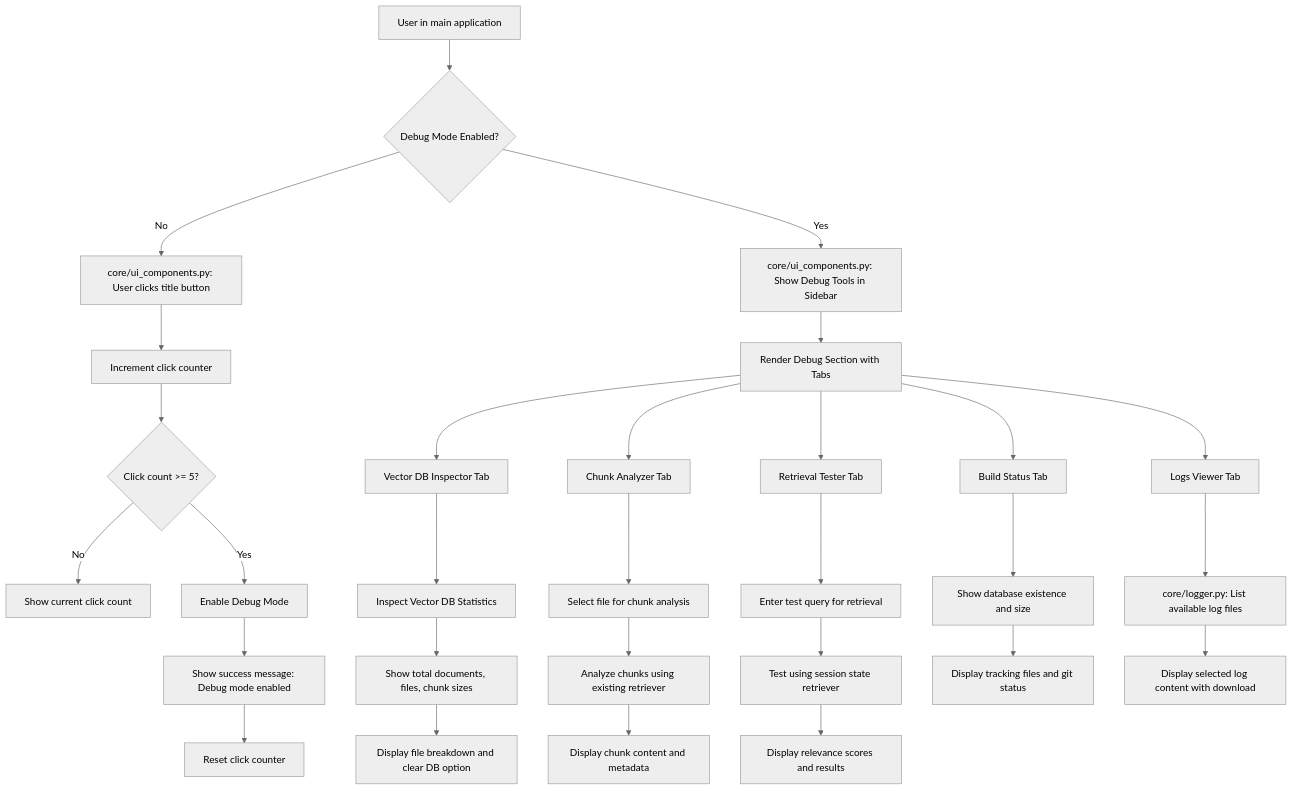
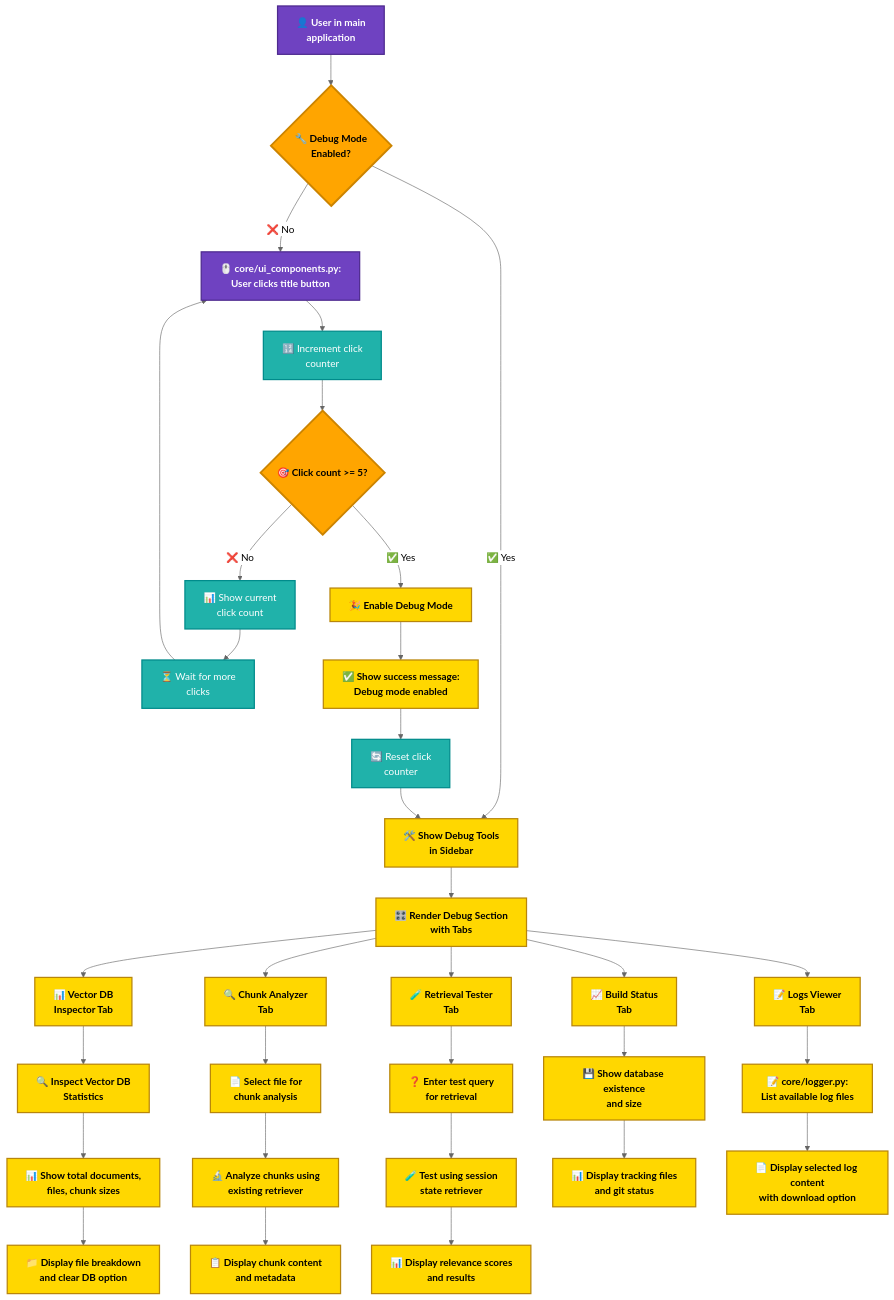
Before and after one commit to anilbattini/codebase-qa: the fifth of 6 diagrams in debug_tools/USER_FLOWS.md, drawn with Mermaid (neutral theme). The commit also changed other lines of this file, not shown here.

Commit message:
Updating colored user_flows, love it.

````diff
--- a/debug_tools/USER_FLOWS.md
+++ b/debug_tools/USER_FLOWS.md
@@ -175,37 +242,54 @@
 ```mermaid
 flowchart TD
-    A[User in main application] --> B{Debug Mode Enabled?}
-    B -->|No| C[core/ui_components.py: User clicks title button]
-    C --> D[Increment click counter]
-    D --> E{Click count >= 5?}
-    E -->|No| F[Show current click count]
-    E -->|Yes| G[Enable Debug Mode]
-    G --> H[Show success message: Debug mode enabled]
-    H --> I[Reset click counter]
+    %% Color Definitions
+    classDef user fill:#6f42c1,stroke:#4e2a8e,color:#fff,stroke-width:2px,font-weight:bold
+    classDef system fill:#20b2aa,stroke:#008b8b,color:#fff,stroke-width:2px
+    classDef debug fill:#ffd700,stroke:#b8860b,color:#000,stroke-width:2px,font-weight:bold
+    classDef decision fill:#ffa500,stroke:#cc8400,color:#000,stroke-width:3px,font-weight:bold
+
+    %% Debug Activation
+    A["👤 User in main<br/>application"]:::user
+    A --> B{"🔧 Debug Mode<br/>Enabled?"}:::decision
+    B -->|"❌ No"| C["🖱️ core/ui_components.py:<br/>User clicks title button"]:::user
+    B -->|"✅ Yes"| D["🛠️ Show Debug Tools<br/>in Sidebar"]:::debug
     
-    B -->|Yes| J[core/ui_components.py: Show Debug Tools in Sidebar]
-    J --> K[Render Debug Section with Tabs]
-    K --> L[Vector DB Inspector Tab]
-    K --> M[Chunk Analyzer Tab]
-    K --> N[Retrieval Tester Tab]
-    K --> O[Build Status Tab]
-    K --> P[Logs Viewer Tab]
+    %% Click Counter
+    C --> E["🔢 Increment click<br/>counter"]:::system
+    E --> F{"🎯 Click count >= 5?"}:::decision
+    F -->|"❌ No"| G["📊 Show current<br/>click count"]:::system
+    F -->|"✅ Yes"| H["🎉 Enable Debug Mode"]:::debug
     
-    L --> L1[Inspect Vector DB Statistics]
-    L1 --> L2[Show total documents, files, chunk sizes]
-    L2 --> L3[Display file breakdown and clear DB option]
+    G --> I["⏳ Wait for more<br/>clicks"]:::system
+    I --> C
     
-    M --> M1[Select file for chunk analysis]
-    M1 --> M2[Analyze chunks using existing retriever]
-    M2 --> M3[Display chunk content and metadata]
+    H --> J["✅ Show success message:<br/>Debug mode enabled"]:::debug
+    J --> K["🔄 Reset click<br/>counter"]:::system
+    K --> D
     
-    N --> N1[Enter test query for retrieval]
-    N1 --> N2[Test using session state retriever]
-    N2 --> N3[Display relevance scores and results]
+    %% Debug Tools Display
+    D --> L["🎛️ Render Debug Section<br/>with Tabs"]:::debug
+    L --> M["📊 Vector DB<br/>Inspector Tab"]:::debug
+    L --> N["🔍 Chunk Analyzer<br/>Tab"]:::debug
+    L --> O["🧪 Retrieval Tester<br/>Tab"]:::debug
+    L --> P["📈 Build Status<br/>Tab"]:::debug
+    L --> Q["📝 Logs Viewer<br/>Tab"]:::debug
     
-    O --> O1[Show database existence and size]
-    O1 --> O2[Display tracking files and git status]
+    %% Individual Tool Details
+    M --> M1["🔍 Inspect Vector DB<br/>Statistics"]:::debug
+    M1 --> M2["📊 Show total documents,<br/>files, chunk sizes"]:::debug
+    M2 --> M3["📁 Display file breakdown<br/>and clear DB option"]:::debug
     
-    P --> P1[core/logger.py: List available log files]
-    P1 --> P2[Display selected log content with download]
+    N --> N1["📄 Select file for<br/>chunk analysis"]:::debug
+    N1 --> N2["🔬 Analyze chunks using<br/>existing retriever"]:::debug
+    N2 --> N3["📋 Display chunk content<br/>and metadata"]:::debug
+    
+    O --> O1["❓ Enter test query<br/>for retrieval"]:::debug
+    O1 --> O2["🧪 Test using session<br/>state retriever"]:::debug
+    O2 --> O3["📊 Display relevance scores<br/>and results"]:::debug
+    
+    P --> P1["💾 Show database existence<br/>and size"]:::debug
+    P1 --> P2["📊 Display tracking files<br/>and git status"]:::debug
+    
+    Q --> Q1["📝 core/logger.py:<br/>List available log files"]:::debug
+    Q1 --> Q2["📄 Display selected log content<br/>with download option"]:::debug
 ```
````
